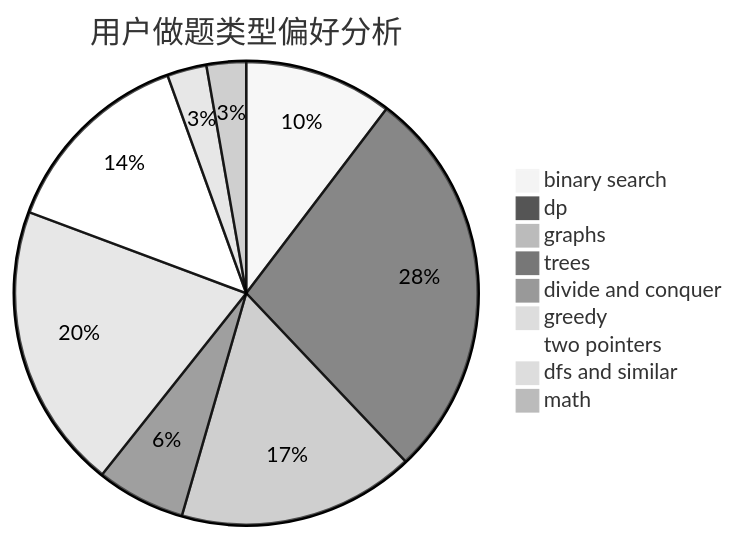
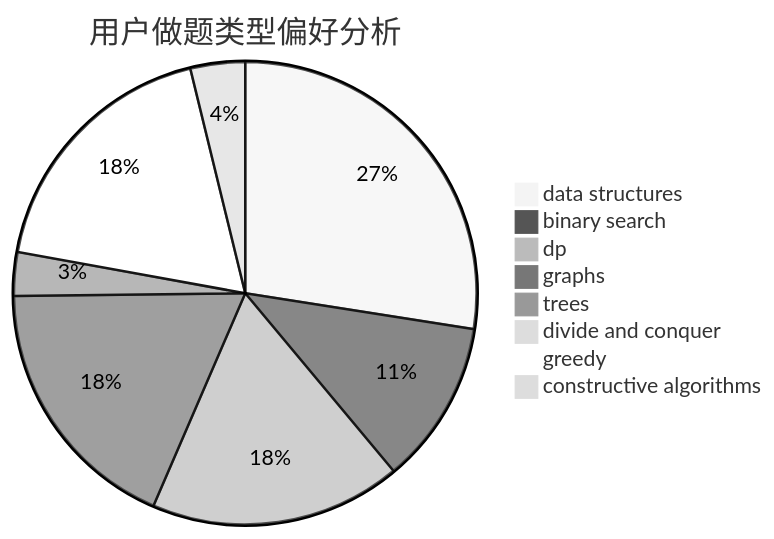
The second of 3 diagrams in docs/user/u40.md (sherpahu/cfrs.github.io), drawn with Mermaid (neutral theme) before and after one commit. The commit also changed other lines of this file and 2775 other files, not shown here.

````diff
--- a/docs/user/u40.md
+++ b/docs/user/u40.md
@@ -23,12 +23,11 @@
 ```mermaid
 pie title 用户做题类型偏好分析
+    "data structures" :  36
     "binary search" :  15
-    "dp" :  40
+    "dp" :  23
     "graphs" :  24
-    "trees" :  9
+    "trees" :  4
     "divide and conquer" :  0
-    "greedy" :  29
-    "two pointers" :  20
-    "dfs and similar" :  4
-    "math" :  4
+    "greedy" :  24
+    "constructive algorithms" :  5
 ```
````
